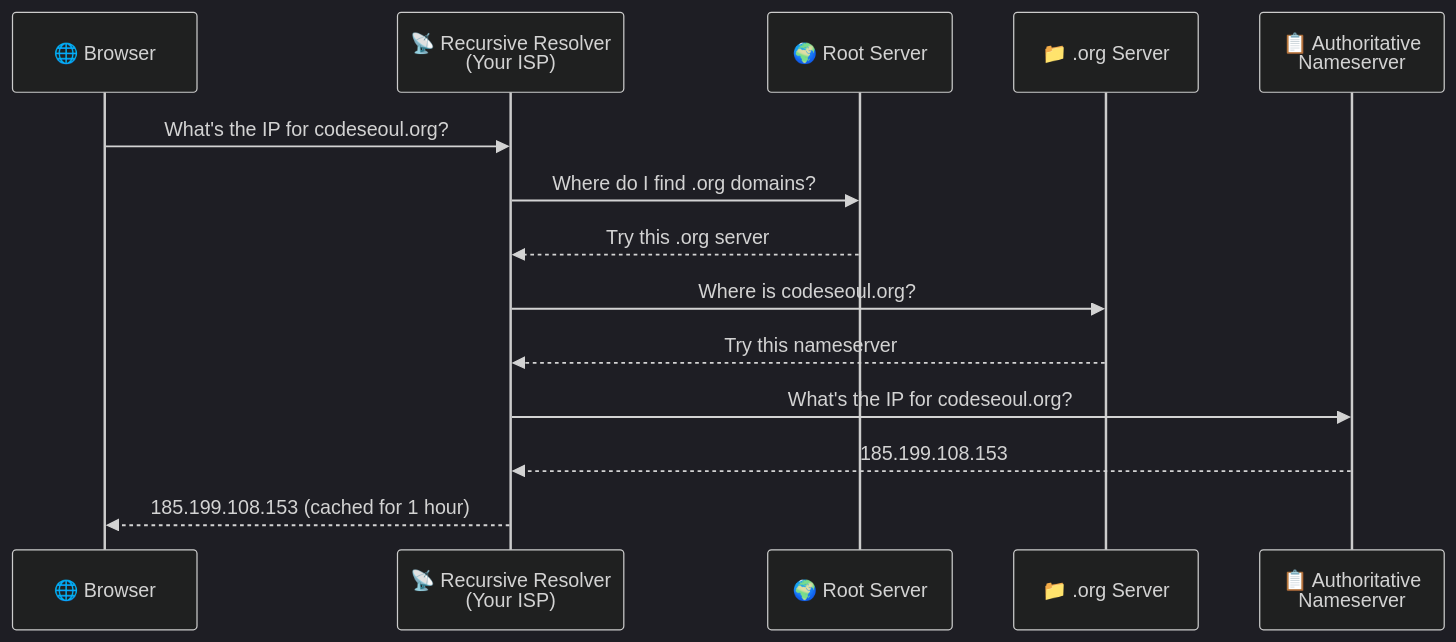
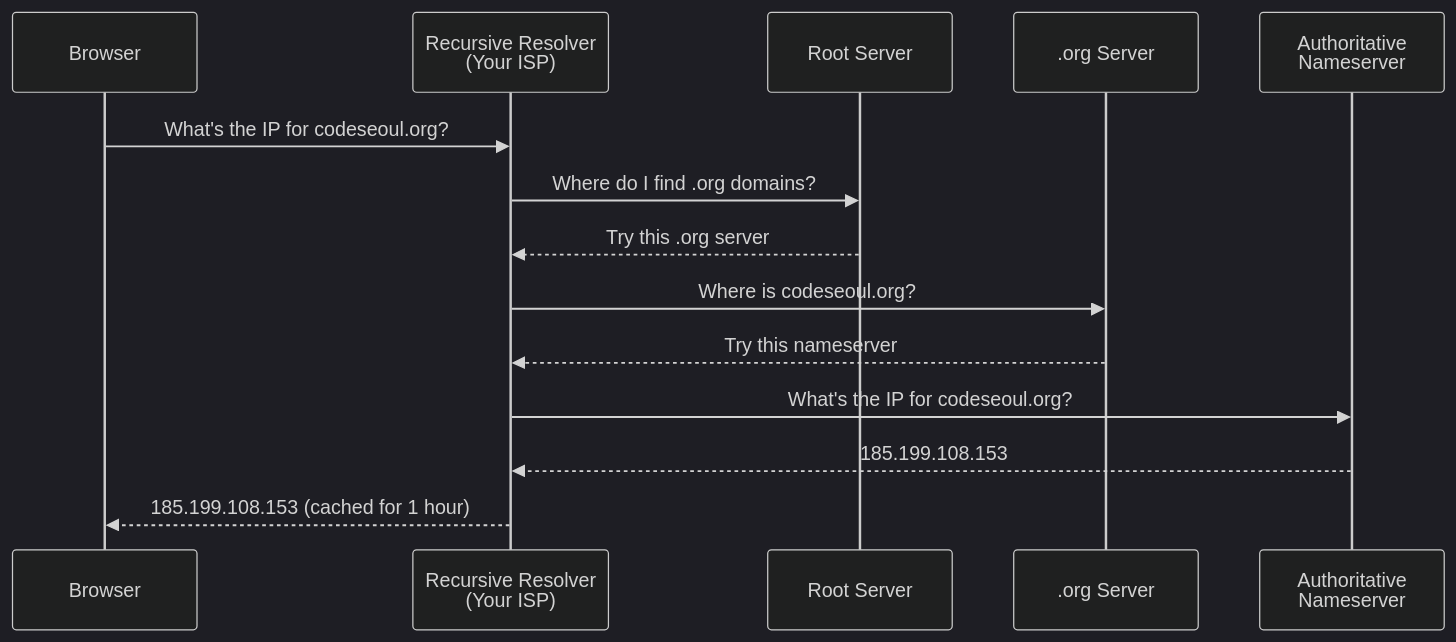
Before and after one commit to CodeSeoul/how-the-internet-works-presentation: the fourth of 10 diagrams in slides.md, drawn with Mermaid (dark theme). The commit also changed other lines of this file, not shown here.

First line of the commit message:
Reorganize slides top-down following OSI stack from browser to wires

````diff
--- a/slides.md
+++ b/slides.md
@@ -363,17 +342,17 @@
 ```mermaid {theme: 'dark', scale: 0.65}
 sequenceDiagram
-    participant Browser as 🌐 Browser
-    participant Resolver as 📡 Recursive Resolver<br/>(Your ISP)
-    participant Root as 🌍 Root Server
-    participant TLD as 📁 .org Server
-    participant Auth as 📋 Authoritative<br/>Nameserver
+    participant Browser as Browser
+    participant Resolver as Recursive Resolver<br/>(Your ISP)
+    participant Root as Root Server
+    participant TLD as .org Server
+    participant Auth as Authoritative<br/>Nameserver
 
     Browser->>Resolver: What's the IP for codeseoul.org?
     Resolver->>Root: Where do I find .org domains?
     Root-->>Resolver: Try this .org server
     Resolver->>TLD: Where is codeseoul.org?
     TLD-->>Resolver: Try this nameserver
     Resolver->>Auth: What's the IP for codeseoul.org?
     Auth-->>Resolver: 185.199.108.153
     Resolver-->>Browser: 185.199.108.153 (cached for 1 hour)
 ```
````
